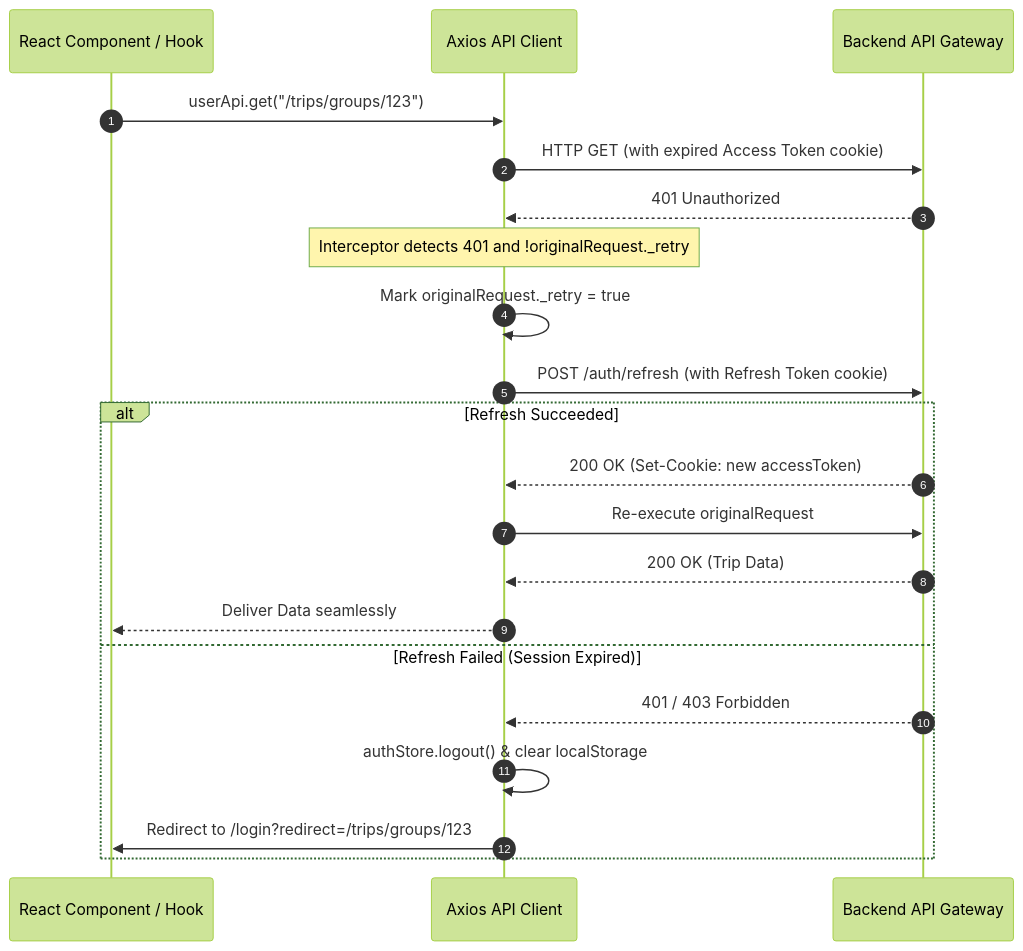
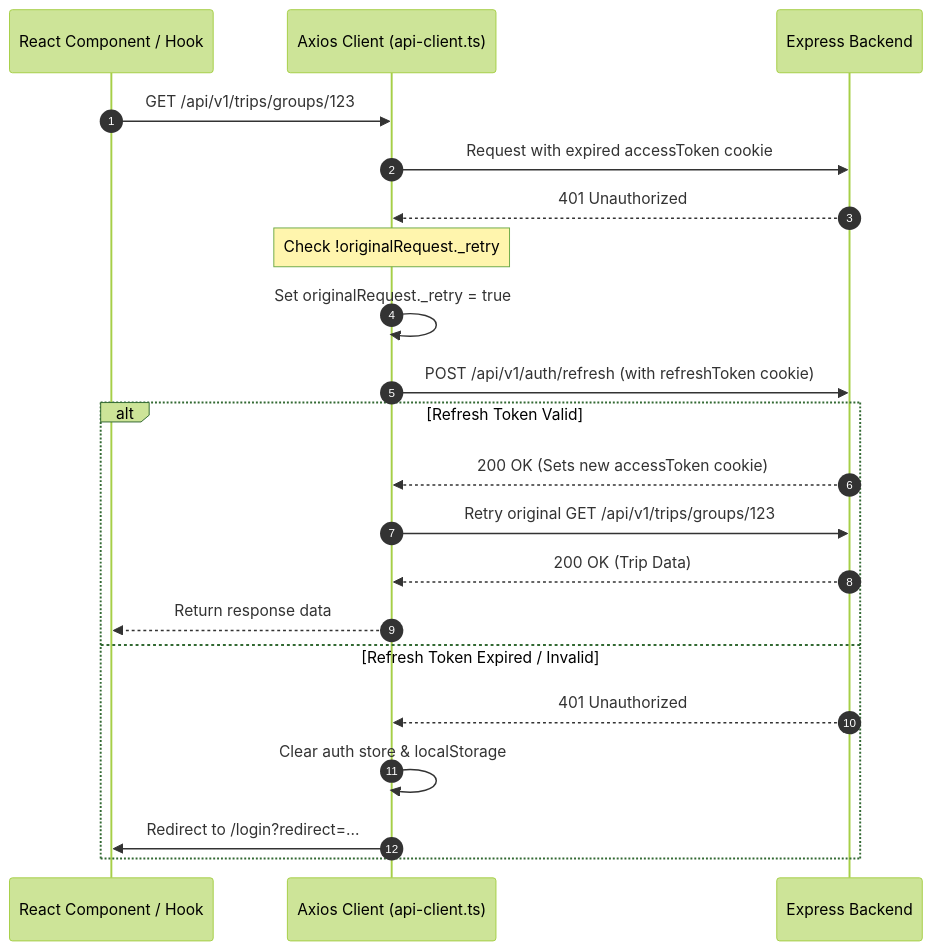
The fourth of 4 diagrams in README.md (Nasif284/Kafla-client), drawn with Mermaid (forest theme) before and after one commit. The commit also changed other lines of this file, not shown here.

Commit message:
docs: update README to accurately reflect implementation and architecture

````diff
--- a/README.md
+++ b/README.md
@@ -303,26 +189,26 @@
 ```mermaid
 sequenceDiagram
     autonumber
     participant UI as React Component / Hook
-    participant Axios as Axios API Client
-    participant Server as Backend API Gateway
+    participant Axios as Axios Client (api-client.ts)
+    participant Server as Express Backend
 
-    UI->>Axios: userApi.get("/trips/groups/123")
-    Axios->>Server: HTTP GET (with expired Access Token cookie)
+    UI->>Axios: GET /api/v1/trips/groups/123
+    Axios->>Server: Request with expired accessToken cookie
     Server-->>Axios: 401 Unauthorized
 
-    Note over Axios: Interceptor detects 401 and !originalRequest._retry
-    Axios->>Axios: Mark originalRequest._retry = true
-    Axios->>Server: POST /auth/refresh (with Refresh Token cookie)
+    Note over Axios: Check !originalRequest._retry
+    Axios->>Axios: Set originalRequest._retry = true
+    Axios->>Server: POST /api/v1/auth/refresh (with refreshToken cookie)
 
-    alt Refresh Succeeded
-        Server-->>Axios: 200 OK (Set-Cookie: new accessToken)
-        Axios->>Server: Re-execute originalRequest
+    alt Refresh Token Valid
+        Server-->>Axios: 200 OK (Sets new accessToken cookie)
+        Axios->>Server: Retry original GET /api/v1/trips/groups/123
         Server-->>Axios: 200 OK (Trip Data)
-        Axios-->>UI: Deliver Data seamlessly
-    else Refresh Failed (Session Expired)
-        Server-->>Axios: 401 / 403 Forbidden
-        Axios->>Axios: authStore.logout() & clear localStorage
-        Axios->>UI: Redirect to /login?redirect=/trips/groups/123
+        Axios-->>UI: Return response data
+    else Refresh Token Expired / Invalid
+        Server-->>Axios: 401 Unauthorized
+        Axios->>Axios: Clear auth store & localStorage
+        Axios->>UI: Redirect to /login?redirect=...
     end
 ```
````
